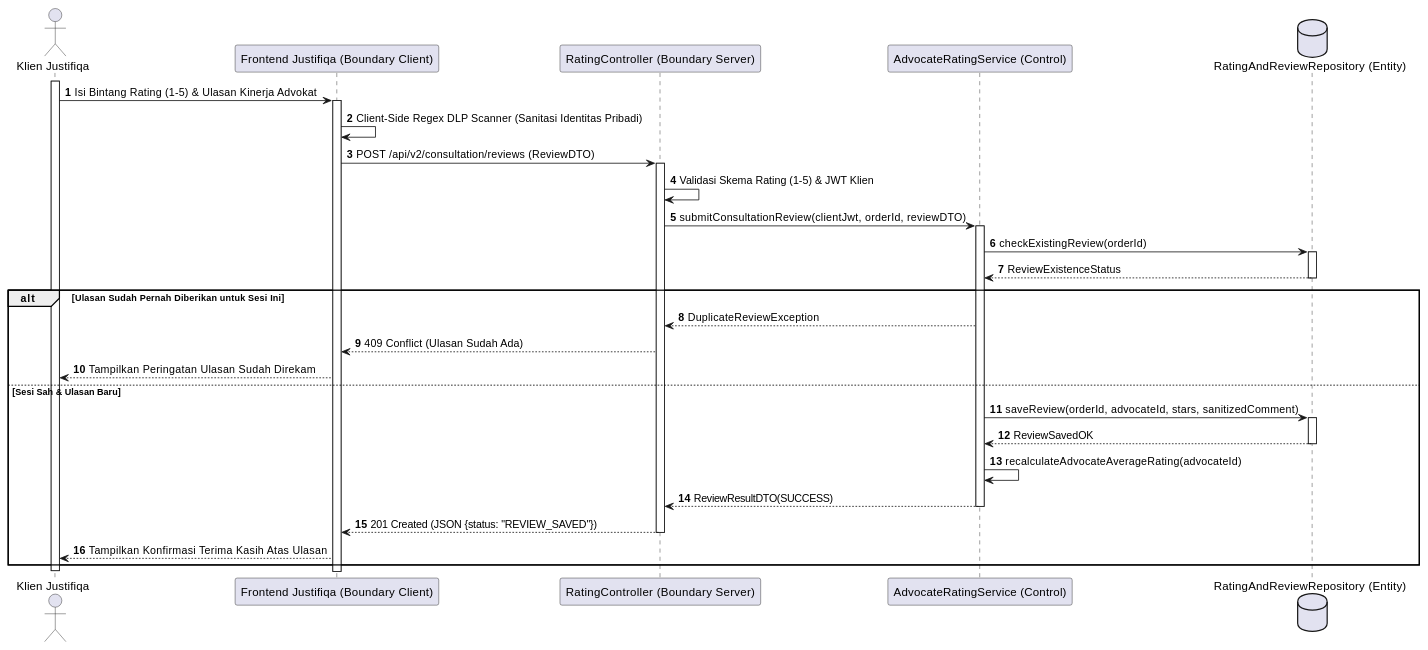
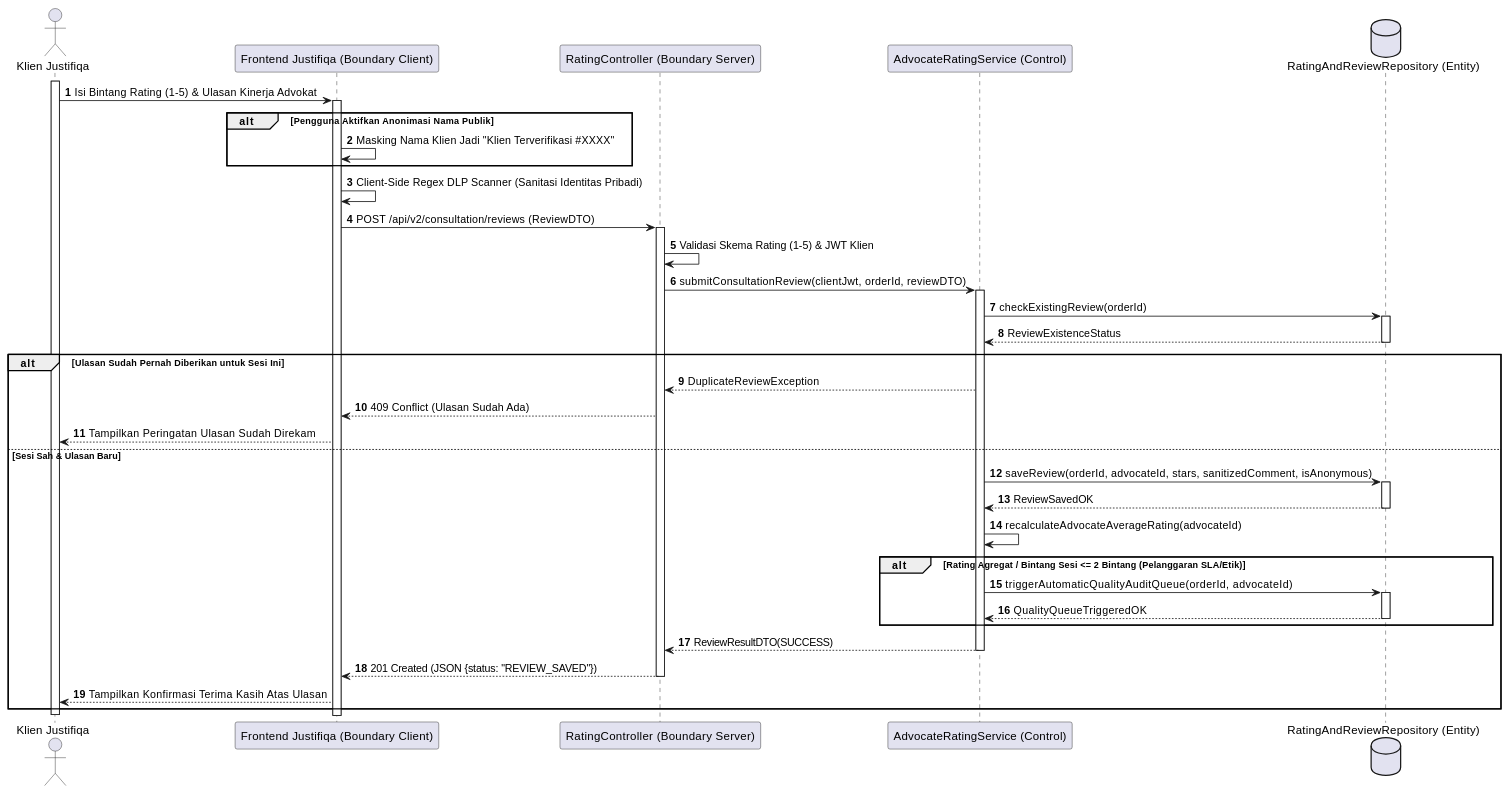
One commit to tupperwureism/SuperApp-Gagal changed diagram 13 of 28 in MarkDown/plantuml_sequence_diagrams.md. Above: the diagram before and after it, drawn with PlantUML. The commit also changed other lines of this file and 1 other file, not shown here.

Commit message:
docs: Deep 1-to-1 logical synchronization across all 28 Sequence Diagrams with AD branches

````diff
--- a/MarkDown/plantuml_sequence_diagrams.md
+++ b/MarkDown/plantuml_sequence_diagrams.md
@@ -686,33 +780,42 @@
 ```plantuml
 @startuml
 autonumber
 actor "Klien Justifiqa" as User
 participant "Frontend Justifiqa (Boundary Client)" as B_FE
 participant "RatingController (Boundary Server)" as B_BE
 participant "AdvocateRatingService (Control)" as C_Svc
 database "RatingAndReviewRepository (Entity)" as E_DB
 
 activate User
 User -> B_FE ++ : Isi Bintang Rating (1-5) & Ulasan Kinerja Advokat
+alt Pengguna Aktifkan Anonimasi Nama Publik
+    B_FE -> B_FE : Masking Nama Klien Jadi "Klien Terverifikasi #XXXX"
+end
 B_FE -> B_FE : Client-Side Regex DLP Scanner (Sanitasi Identitas Pribadi)
 B_FE -> B_BE ++ : POST /api/v2/consultation/reviews (ReviewDTO)
 B_BE -> B_BE : Validasi Skema Rating (1-5) & JWT Klien
 B_BE -> C_Svc ++ : submitConsultationReview(clientJwt, orderId, reviewDTO)
 C_Svc -> E_DB ++ : checkExistingReview(orderId)
 E_DB --> C_Svc -- : ReviewExistenceStatus
 
 alt Ulasan Sudah Pernah Diberikan untuk Sesi Ini
     C_Svc --> B_BE : DuplicateReviewException
     B_BE --> B_FE : 409 Conflict (Ulasan Sudah Ada)
     B_FE --> User : Tampilkan Peringatan Ulasan Sudah Direkam
 else Sesi Sah & Ulasan Baru
-    C_Svc -> E_DB ++ : saveReview(orderId, advocateId, stars, sanitizedComment)
+    C_Svc -> E_DB ++ : saveReview(orderId, advocateId, stars, sanitizedComment, isAnonymous)
     E_DB --> C_Svc -- : ReviewSavedOK
     C_Svc -> C_Svc : recalculateAdvocateAverageRating(advocateId)
+
+    alt Rating Agregat / Bintang Sesi <= 2 Bintang (Pelanggaran SLA/Etik)
+        C_Svc -> E_DB ++ : triggerAutomaticQualityAuditQueue(orderId, advocateId)
+        E_DB --> C_Svc -- : QualityQueueTriggeredOK
+    end
+
     C_Svc --> B_BE -- : ReviewResultDTO(SUCCESS)
     B_BE --> B_FE -- : 201 Created (JSON {status: "REVIEW_SAVED"})
     B_FE --> User : Tampilkan Konfirmasi Terima Kasih Atas Ulasan
 end
 deactivate User
 @enduml
 ```
````
